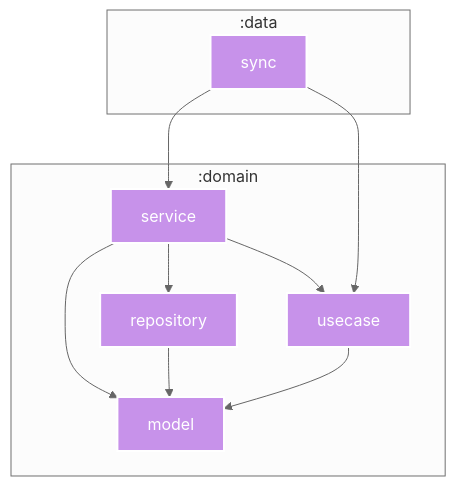
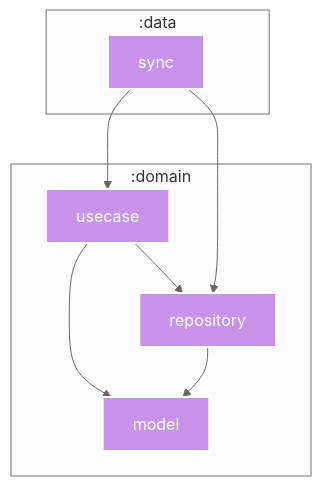
Before and after one commit to SorrowBlue/ComicViewer: the diagram in data/sync/README.md, drawn with Mermaid. The commit also changed 151 other files, not shown here.

````diff
--- a/data/sync/README.md
+++ b/data/sync/README.md
@@ -5,37 +5,33 @@
 ```mermaid
 %%{
   init: {
     'theme': 'neutral'
   }
 }%%
 
 graph TB
   subgraph :domain
-    :domain:service["service"]
+    :domain:usecase["usecase"]
     :domain:model["model"]
     :domain:repository["repository"]
+    :domain:repository["repository"]
+    :domain:repository["repository"]
     :domain:usecase["usecase"]
-    :domain:usecase["usecase"]
-    :domain:repository["repository"]
-    :domain:service["service"]
   end
   subgraph :data
     :data:sync["sync"]
   end
 
-  :domain:service --> :domain:model
-  :domain:service --> :domain:repository
-  :domain:service --> :domain:usecase
   :domain:usecase --> :domain:model
+  :domain:usecase --> :domain:repository
   :domain:repository --> :domain:model
-  :data:sync --> :domain:service
+  :data:sync --> :domain:repository
   :data:sync --> :domain:usecase
 
 classDef kotlin-multiplatform fill:#C792EA,stroke:#fff,stroke-width:2px,color:#fff;
-class :domain:service kotlin-multiplatform
+class :domain:usecase kotlin-multiplatform
 class :domain:model kotlin-multiplatform
 class :domain:repository kotlin-multiplatform
-class :domain:usecase kotlin-multiplatform
 class :data:sync kotlin-multiplatform
 
 ```
````
